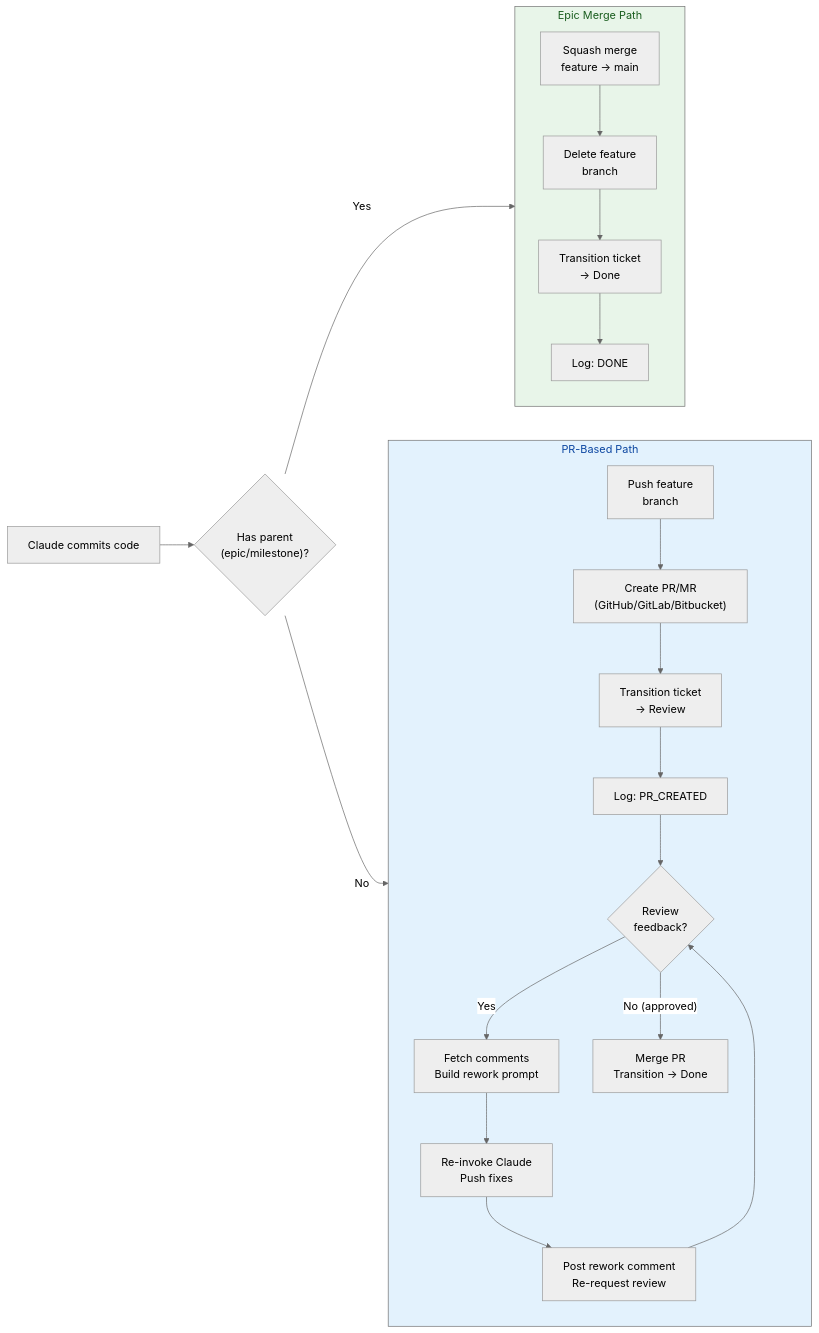
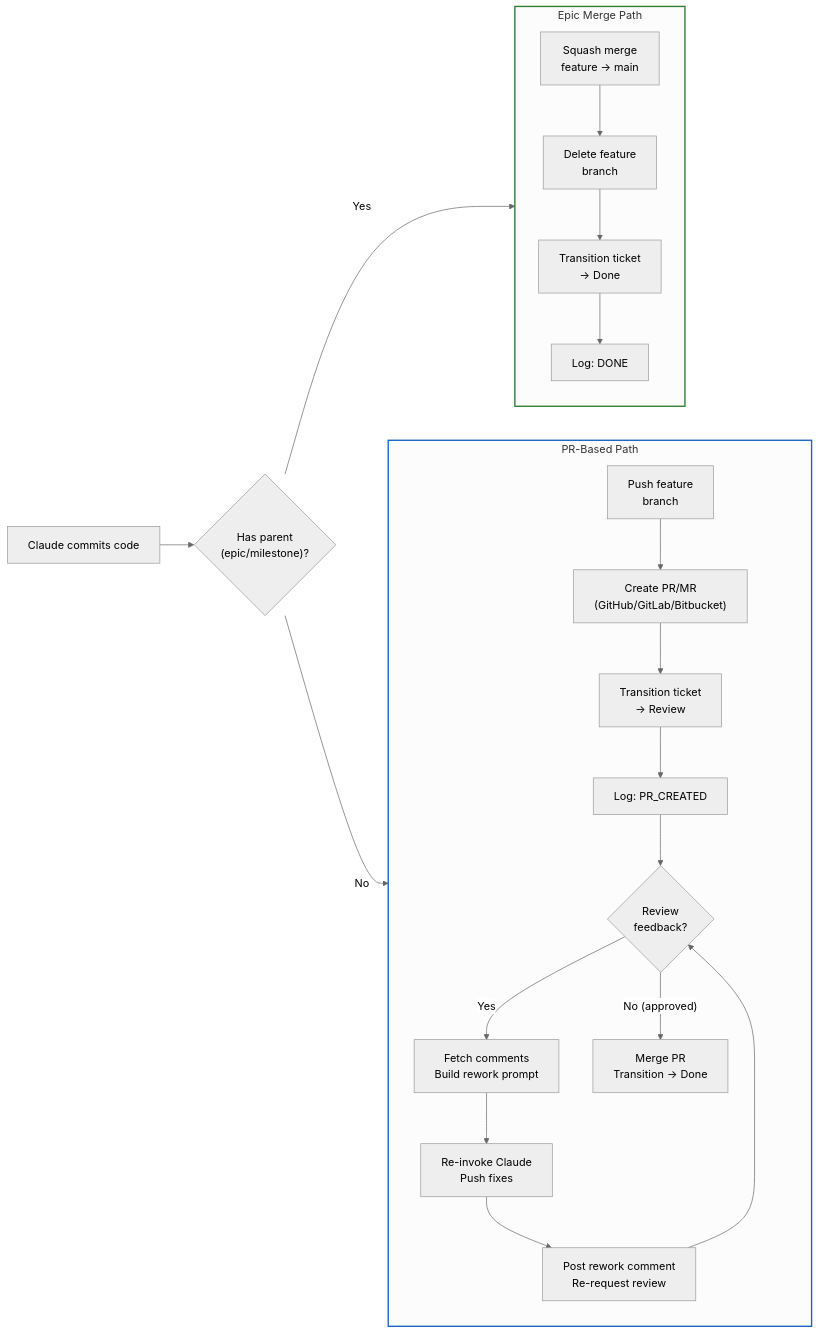
One commit to Pushedskydiver/clancy changed the seventh of 8 diagrams in docs/VISUAL-ARCHITECTURE.md. Above: the diagram before and after it, drawn with Mermaid (neutral theme). The commit also changed other lines of this file, not shown here.

First line of the commit message:
💄 style: switch diagrams to stroke-only styling

````diff
--- a/docs/VISUAL-ARCHITECTURE.md
+++ b/docs/VISUAL-ARCHITECTURE.md
@@ -376,28 +376,28 @@
 ```mermaid
 flowchart LR
     Claude["Claude commits code"] --> Check{"Has parent\n(epic/milestone)?"}
 
     Check -->|Yes| Epic["Epic Merge Path"]
     Check -->|No| PR["PR-Based Path"]
 
     subgraph Epic["Epic Merge Path"]
         E1["Squash merge\nfeature → main"] --> E2["Delete feature\nbranch"]
         E2 --> E3["Transition ticket\n→ Done"]
         E3 --> E4["Log: DONE"]
     end
 
     subgraph PR["PR-Based Path"]
         P1["Push feature\nbranch"] --> P2["Create PR/MR\n(GitHub/GitLab/Bitbucket)"]
         P2 --> P3["Transition ticket\n→ Review"]
         P3 --> P4["Log: PR_CREATED"]
         P4 --> P5{"Review\nfeedback?"}
         P5 -->|Yes| P6["Fetch comments\nBuild rework prompt"]
         P6 --> P7["Re-invoke Claude\nPush fixes"]
         P7 --> P8["Post rework comment\nRe-request review"]
         P8 --> P5
         P5 -->|"No (approved)"| P9["Merge PR\nTransition → Done"]
     end
 
-    style Epic fill:#e8f5e9,color:#1b5e20
-    style PR fill:#e3f2fd,color:#0d47a1
+    style Epic stroke:#2e7d32,stroke-width:2px
+    style PR stroke:#1565c0,stroke-width:2px
 ```
````
